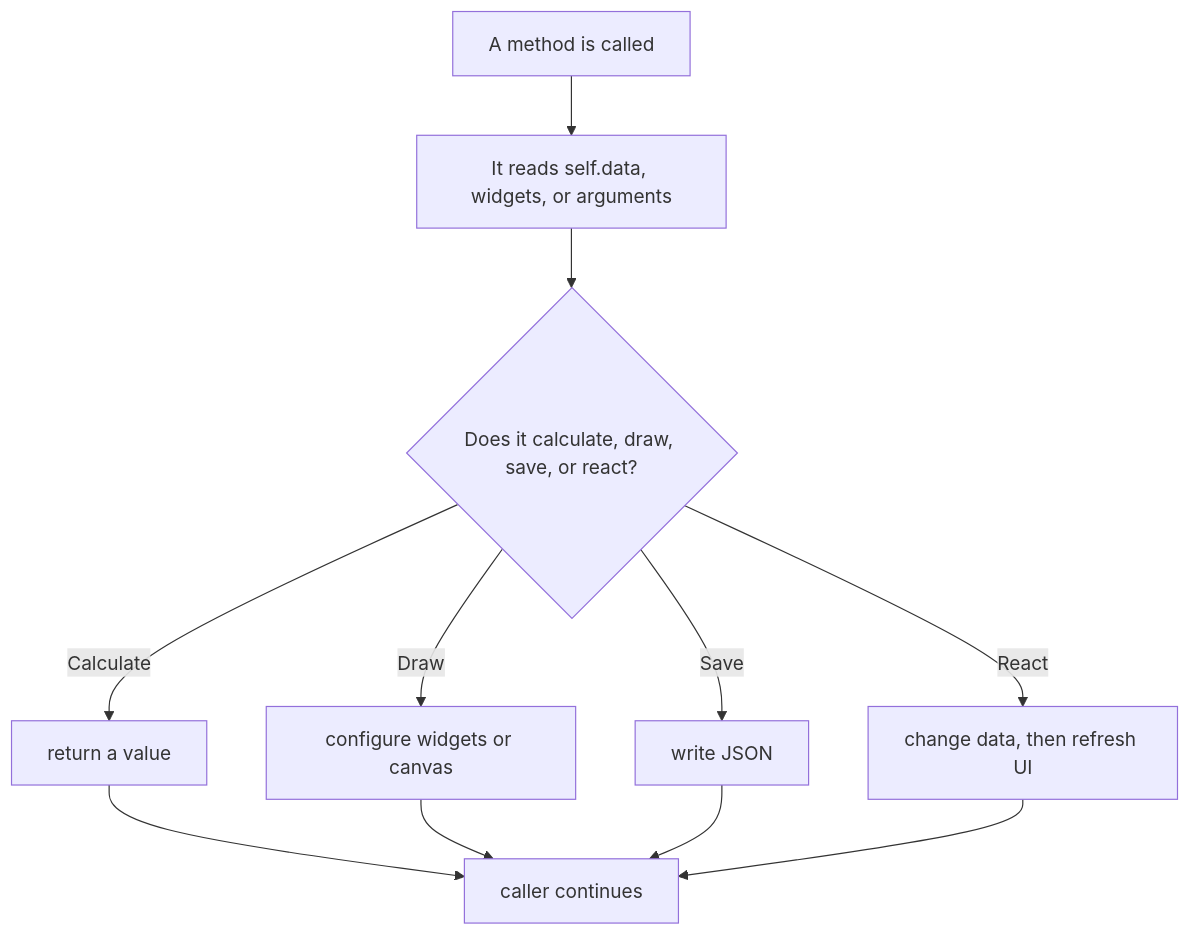
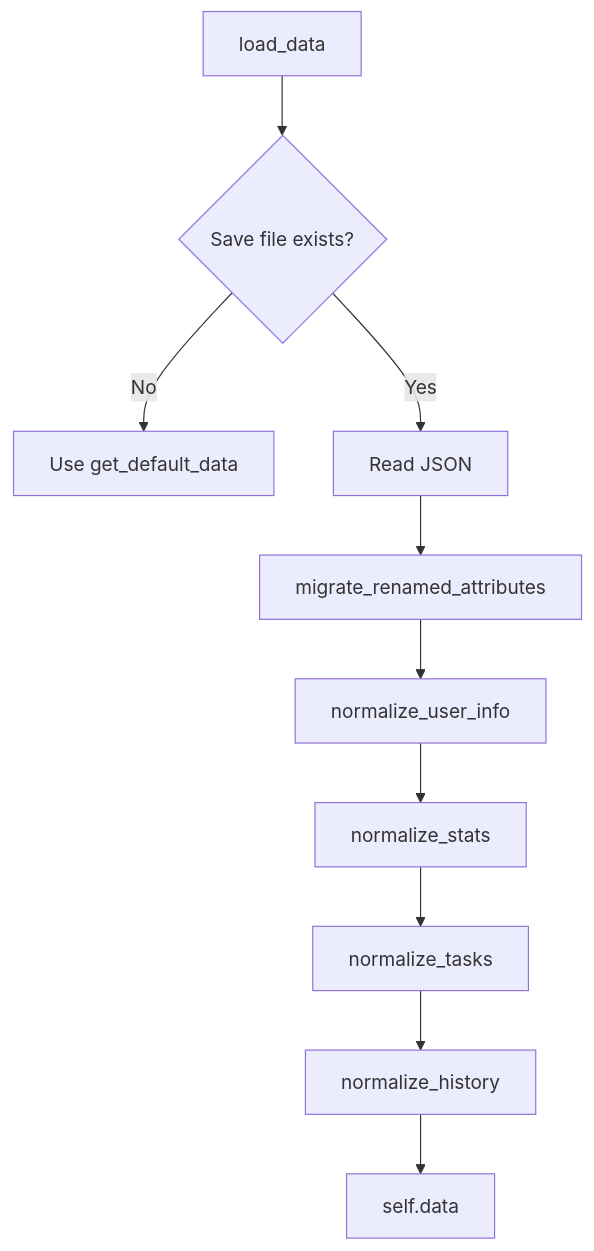
Before and after one commit to nimbold/LifeXP: the tenth of 15 diagrams in docs/beginner-guide/03-advanced.md, drawn with Mermaid. The commit also changed other lines of this file and 1 other file, not shown here.

````diff
--- a/docs/beginner-guide/03-advanced.md
+++ b/docs/beginner-guide/03-advanced.md
@@ -22,13 +408,12 @@
 ```mermaid
 flowchart TD
-    A["A method is called"] --> B["It reads self.data, widgets, or arguments"]
-    B --> C{"Does it calculate, draw, save, or react?"}
-    C -->|Calculate| D["return a value"]
-    C -->|Draw| E["configure widgets or canvas"]
-    C -->|Save| F["write JSON"]
-    C -->|React| G["change data, then refresh UI"]
-    D --> H["caller continues"]
-    E --> H
-    F --> H
-    G --> H
+    A["load_data"] --> B{"Save file exists?"}
+    B -->|No| C["Use get_default_data"]
+    B -->|Yes| D["Read JSON"]
+    D --> E["migrate_renamed_attributes"]
+    E --> F["normalize_user_info"]
+    F --> G["normalize_stats"]
+    G --> H["normalize_tasks"]
+    H --> I["normalize_history"]
+    I --> J["self.data"]
 ```
````
